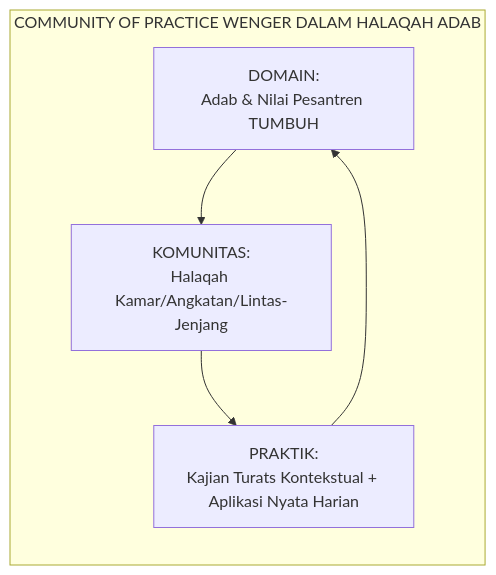
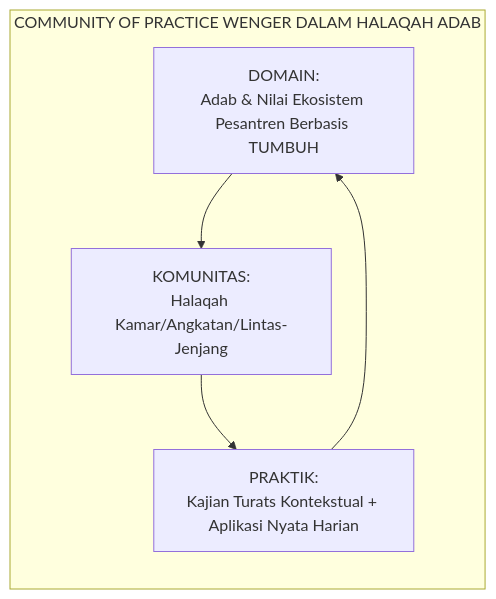
The first of 3 diagrams in 07 Implementation Framework/08 Pesantren Practices/P7-08-01-Metodologi-Halaqah-Adab-dan-Kajian-Turats.md (wandiapriliyandi/tumbuh), drawn with Mermaid before and after one commit. The commit also changed other lines of this file and 605 other files, not shown here.

Commit message:
refactor: standarisasi penyebutan TUMBUH sebagai sistem pembinaan pesantren di seluruh naskah

````diff
--- a/07 Implementation Framework/08 Pesantren Practices/P7-08-01-Metodologi-Halaqah-Adab-dan-Kajian-Turats.md
+++ b/07 Implementation Framework/08 Pesantren Practices/P7-08-01-Metodologi-Halaqah-Adab-dan-Kajian-Turats.md
@@ -28,6 +28,6 @@
 ```mermaid
 flowchart LR
     subgraph WengerCoP["COMMUNITY OF PRACTICE WENGER DALAM HALAQAH ADAB"]
-        Domain["DOMAIN:<br/>Adab & Nilai Pesantren TUMBUH"] --> Community["KOMUNITAS:<br/>Halaqah Kamar/Angkatan/Lintas-Jenjang"] --> Practice["PRAKTIK:<br/>Kajian Turats Kontekstual + Aplikasi Nyata Harian"] --> Domain
+        Domain["DOMAIN:<br/>Adab & Nilai Ekosistem Pesantren Berbasis TUMBUH"] --> Community["KOMUNITAS:<br/>Halaqah Kamar/Angkatan/Lintas-Jenjang"] --> Practice["PRAKTIK:<br/>Kajian Turats Kontekstual + Aplikasi Nyata Harian"] --> Domain
     end
 ```
````
